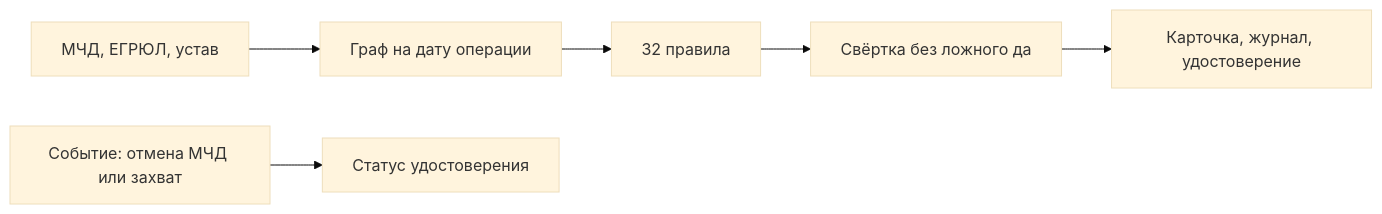
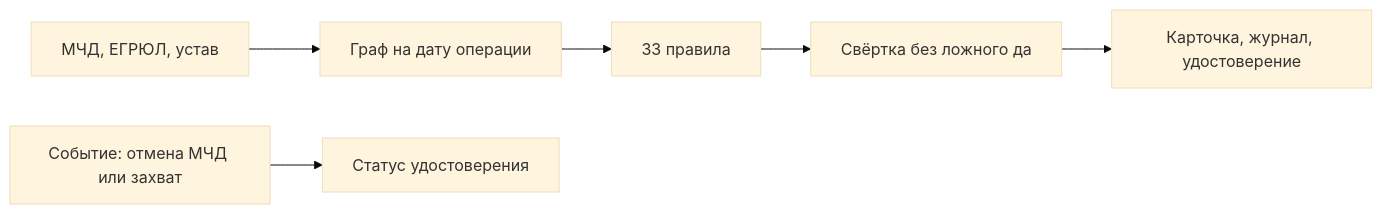
Before and after one commit to KonkovDV/Mandat: the diagram in README.md, drawn with Mermaid (base theme). The commit also changed other lines of this file and 37 other files, not shown here.

````diff
--- a/README.md
+++ b/README.md
@@ -53,8 +53,8 @@
 ```mermaid
 flowchart LR
     A["МЧД, ЕГРЮЛ, устав"] --> B["Граф на дату операции"]
-    B --> C["32 правила"]
+    B --> C["33 правила"]
     C --> D["Свёртка без ложного да"]
     D --> E["Карточка, журнал, удостоверение"]
     F["Событие: отмена МЧД или захват"] --> G["Статус удостоверения"]
 ```
````
